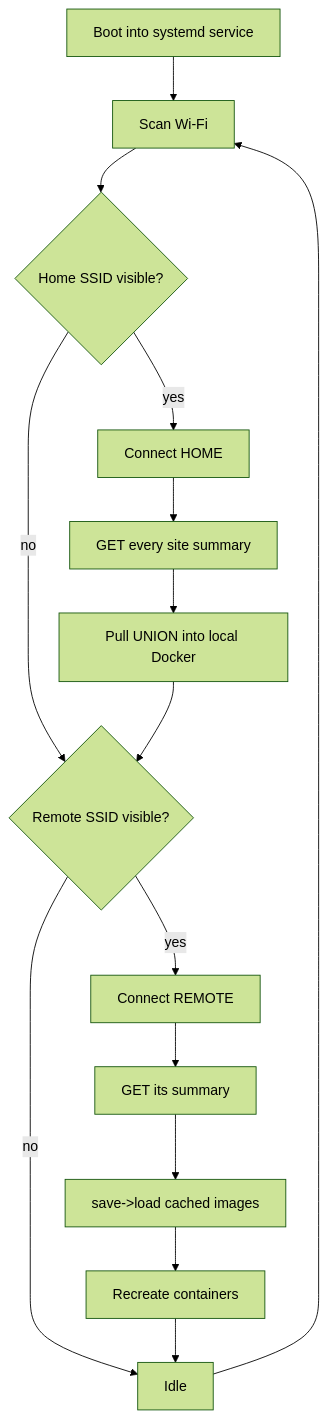
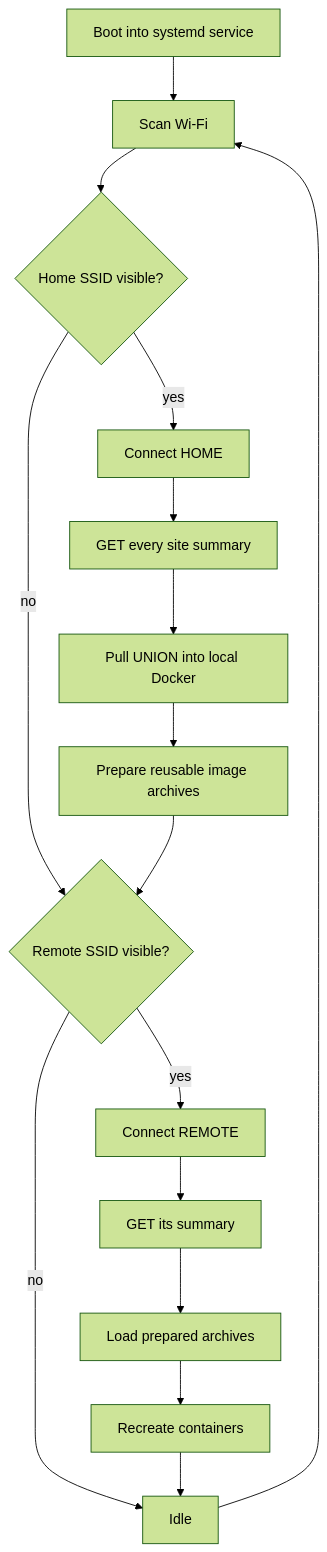
Before and after one commit to mayberryjp/docker-updater-pi: the diagram in README.md, drawn with Mermaid (forest theme). The commit also changed other lines of this file and 3 other files, not shown here.

````diff
--- a/README.md
+++ b/README.md
@@ -16,12 +16,12 @@
 ```mermaid
 flowchart TD
     A[Boot into systemd service] --> B[Scan Wi-Fi]
     B --> C{Home SSID visible?}
     C -- yes --> D[Connect HOME] --> E[GET every site summary] --> F[Pull UNION into local Docker]
     C -- no --> G
-    F --> G{Remote SSID visible?}
-    G -- yes --> H[Connect REMOTE] --> I[GET its summary] --> J[save->load cached images] --> K[Recreate containers]
+    F --> P[Prepare reusable image archives] --> G{Remote SSID visible?}
+    G -- yes --> H[Connect REMOTE] --> I[GET its summary] --> J[Load prepared archives] --> K[Recreate containers]
     G -- no --> L[Idle]
     K --> L
     L --> B
 ```
````
